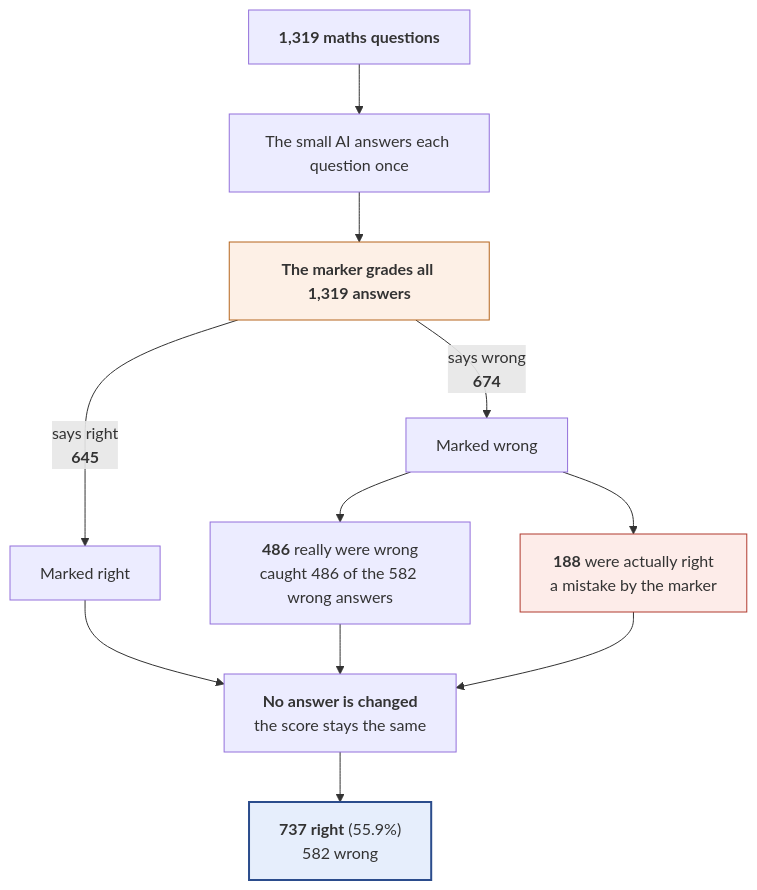
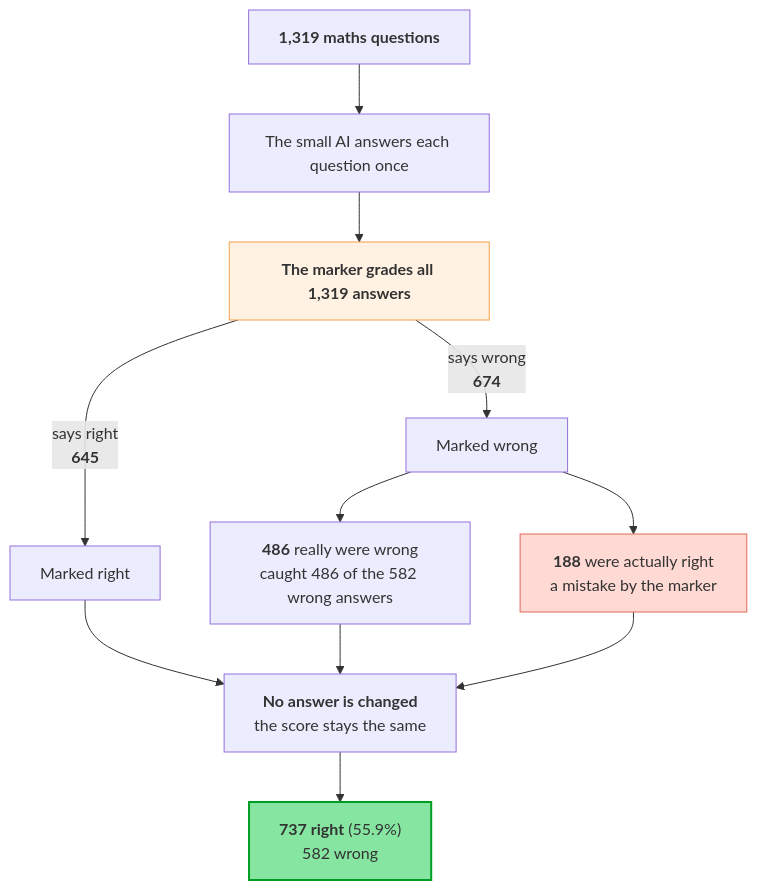
The second of 2 diagrams in docs/experiments/05_finetuned-model+checker-marks-all-answers_glm-30b/README.md (SaminYeaserKhan/gemma4-finetune), drawn with Mermaid before and after one commit. The commit also changed other lines of this file and 143 other files, not shown here.

````diff
--- a/docs/experiments/05_finetuned-model+checker-marks-all-answers_glm-30b/README.md
+++ b/docs/experiments/05_finetuned-model+checker-marks-all-answers_glm-30b/README.md
@@ -70,18 +70,18 @@
 ```mermaid
 flowchart TD
     Q["<b>1,319 maths questions</b>"]
     Q --> A["The small AI answers each question once"]
     A --> M["<b>The marker grades all 1,319 answers</b>"]
     M -->|"says right<br/><b>645</b>"| OK["Marked right"]
     M -->|"says wrong<br/><b>674</b>"| NO["Marked wrong"]
     NO --> NW["<b>486</b> really were wrong<br/>caught 486 of the 582 wrong answers"]
     NO --> NR["<b>188</b> were actually right<br/>a mistake by the marker"]
     OK --> SAME["<b>No answer is changed</b><br/>the score stays the same"]
     NW --> SAME
     NR --> SAME
     SAME --> RES
     RES["<b>737 right</b> (55.9%)<br/>582 wrong"]
-    style M fill:#fdf0e6,stroke:#b5651d
-    style NR fill:#fdece9,stroke:#b03a2e
-    style RES fill:#e6eefc,stroke:#2b4c8c,stroke-width:2px
+    style M fill:#fff2e3,stroke:#f0a04b
+    style NR fill:#ffd9d4,stroke:#e06a5a
+    style RES fill:#86e5a1,stroke:#009d25,stroke-width:2px
 ```
````
